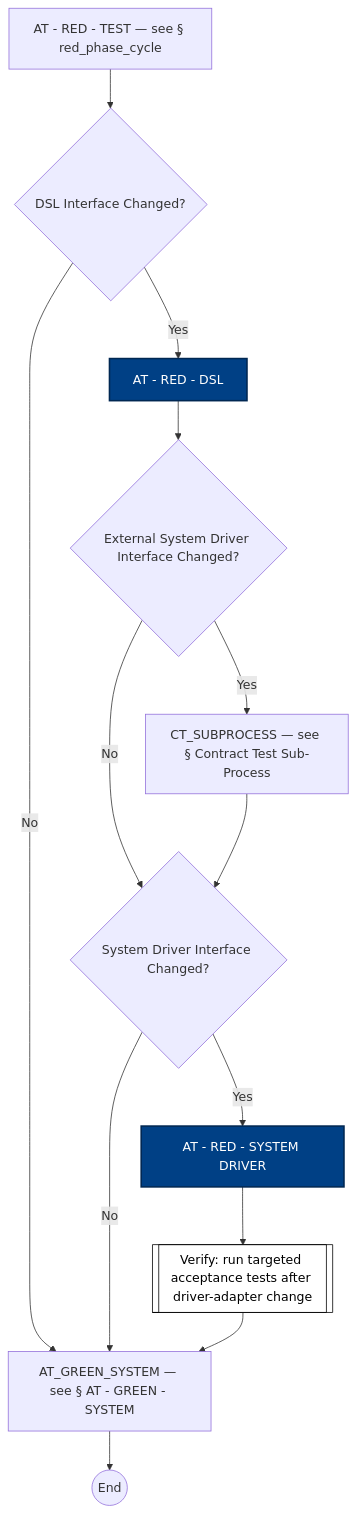
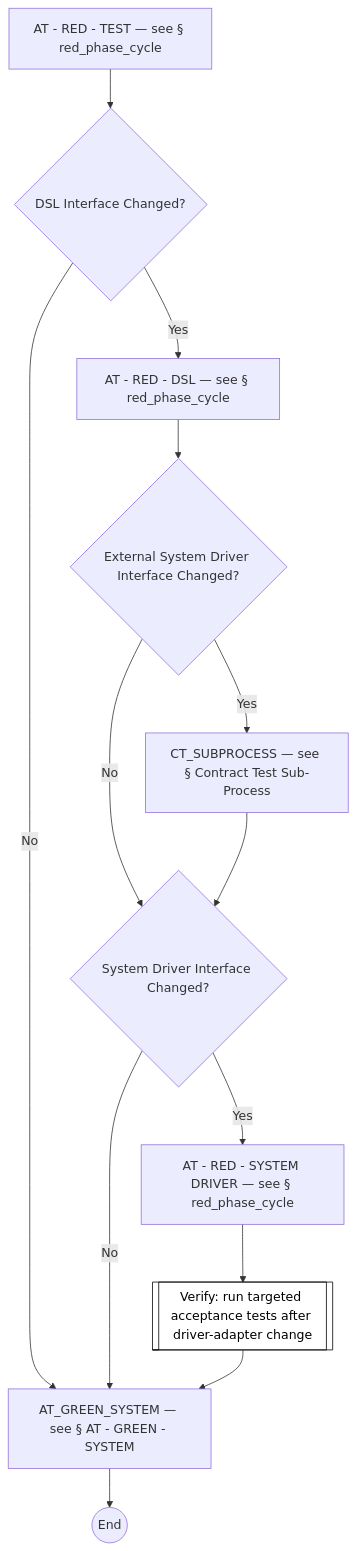
The fifth of 13 diagrams in docs/process-diagram.md (optivem/gh-optivem), drawn with Mermaid before and after one commit. The commit also changed other lines of this file and 2 other files, not shown here.

Commit message:
atdd: regenerate process-flow diagram

````diff
--- a/docs/process-diagram.md
+++ b/docs/process-diagram.md
@@ -113,32 +113,29 @@
 ```mermaid
 flowchart TD
     AT_END((End))
     AT_GREEN_SYSTEM[AT_GREEN_SYSTEM — see § AT - GREEN - SYSTEM]
-    AT_RED_DSL[AT - RED - DSL]
-    AT_RED_SYSTEM_DRIVER[AT - RED - SYSTEM DRIVER]
+    AT_RED_DSL[AT - RED - DSL — see § red_phase_cycle]
+    AT_RED_SYSTEM_DRIVER[AT - RED - SYSTEM DRIVER — see § red_phase_cycle]
     AT_RED_TEST[AT - RED - TEST — see § red_phase_cycle]
     CT_SUBPROCESS[CT_SUBPROCESS — see § Contract Test Sub-Process]
     GATE_DSL_AT{DSL Interface Changed?}
     GATE_EXT_AT{External System Driver Interface Changed?}
     GATE_SYS_AT{System Driver Interface Changed?}
     VERIFY_AT_DRIVER[[Verify: run targeted acceptance tests after driver-adapter change]]
 
     AT_RED_TEST --> GATE_DSL_AT
     GATE_DSL_AT -- No --> AT_GREEN_SYSTEM
     GATE_DSL_AT -- Yes --> AT_RED_DSL
     AT_RED_DSL --> GATE_EXT_AT
     GATE_EXT_AT -- Yes --> CT_SUBPROCESS
     GATE_EXT_AT -- No --> GATE_SYS_AT
     CT_SUBPROCESS --> GATE_SYS_AT
     GATE_SYS_AT -- Yes --> AT_RED_SYSTEM_DRIVER
     GATE_SYS_AT -- No --> AT_GREEN_SYSTEM
     AT_RED_SYSTEM_DRIVER --> VERIFY_AT_DRIVER
     VERIFY_AT_DRIVER --> AT_GREEN_SYSTEM
     AT_GREEN_SYSTEM --> AT_END
 
     classDef serviceNode fill:#ffffff,stroke:#000000,stroke-width:1px,color:#000000
     class VERIFY_AT_DRIVER serviceNode
-
-    classDef agentNode fill:#004085,stroke:#002752,stroke-width:2px,color:#ffffff
-    class AT_RED_DSL,AT_RED_SYSTEM_DRIVER agentNode
 ```
````
